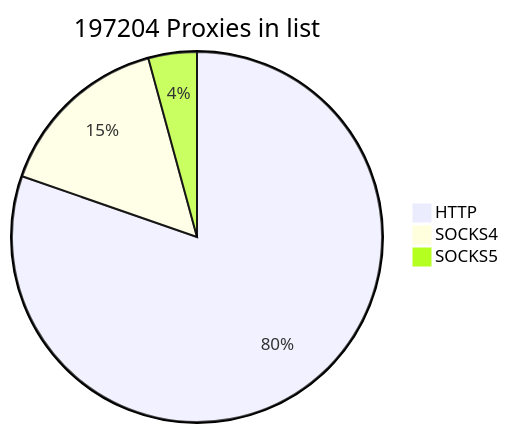
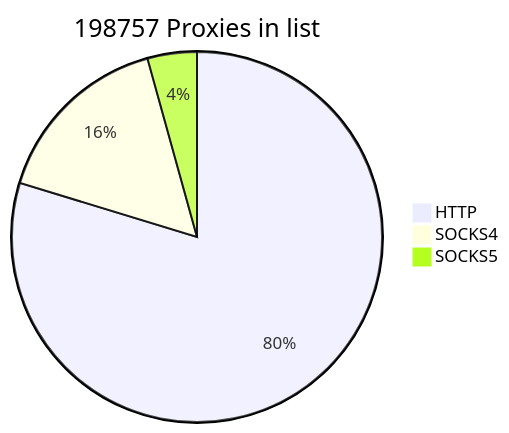
Before and after one commit to cutipu/proxylist: the first of 2 diagrams in README.md, drawn with Mermaid. The commit also changed other lines of this file, not shown here.

````diff
--- a/README.md
+++ b/README.md
@@ -2,7 +2,7 @@
 ```mermaid
-pie title 197204 Proxies in list
-    "HTTP" : 158396
-    "SOCKS4" : 30462
-    "SOCKS5" : 8346
+pie title 198757 Proxies in list
+    "HTTP" : 158447
+    "SOCKS4" : 31748
+    "SOCKS5" : 8562
             
 ```
````
